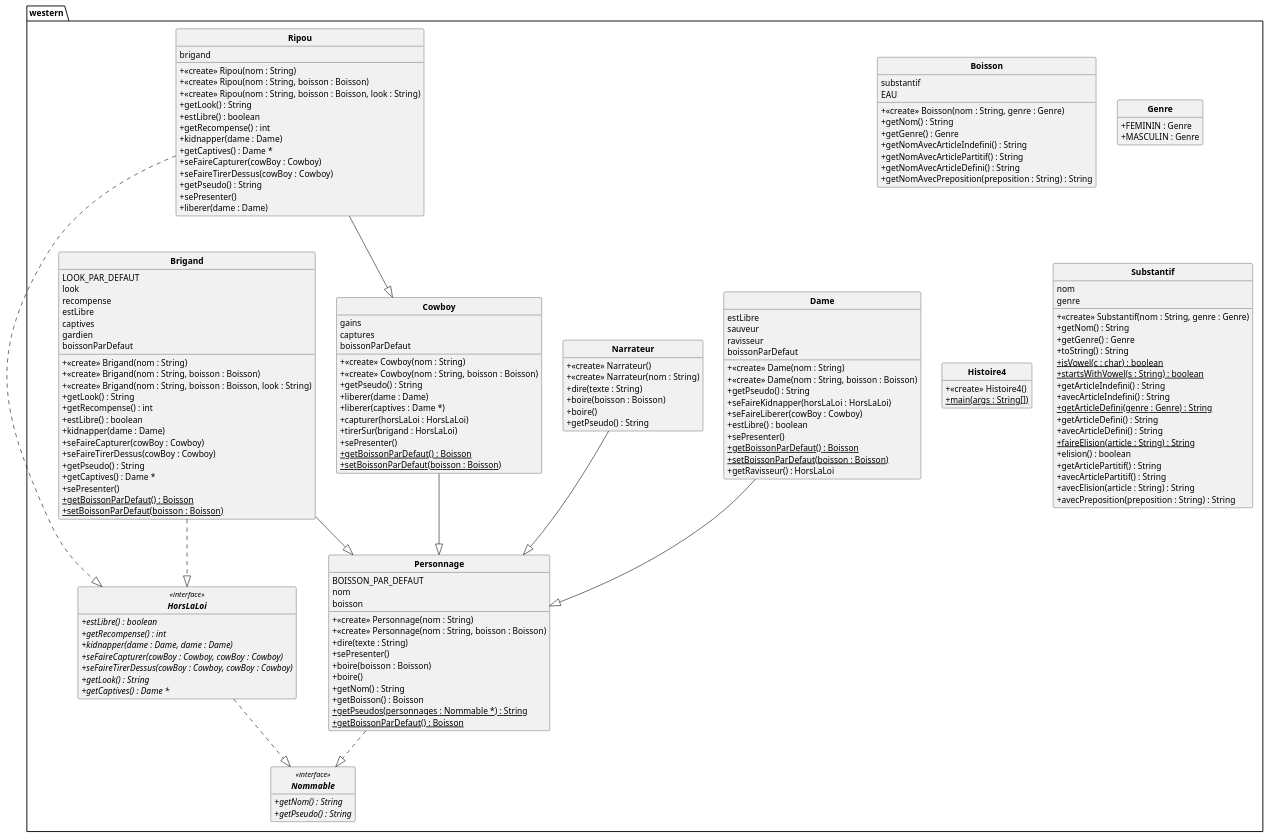
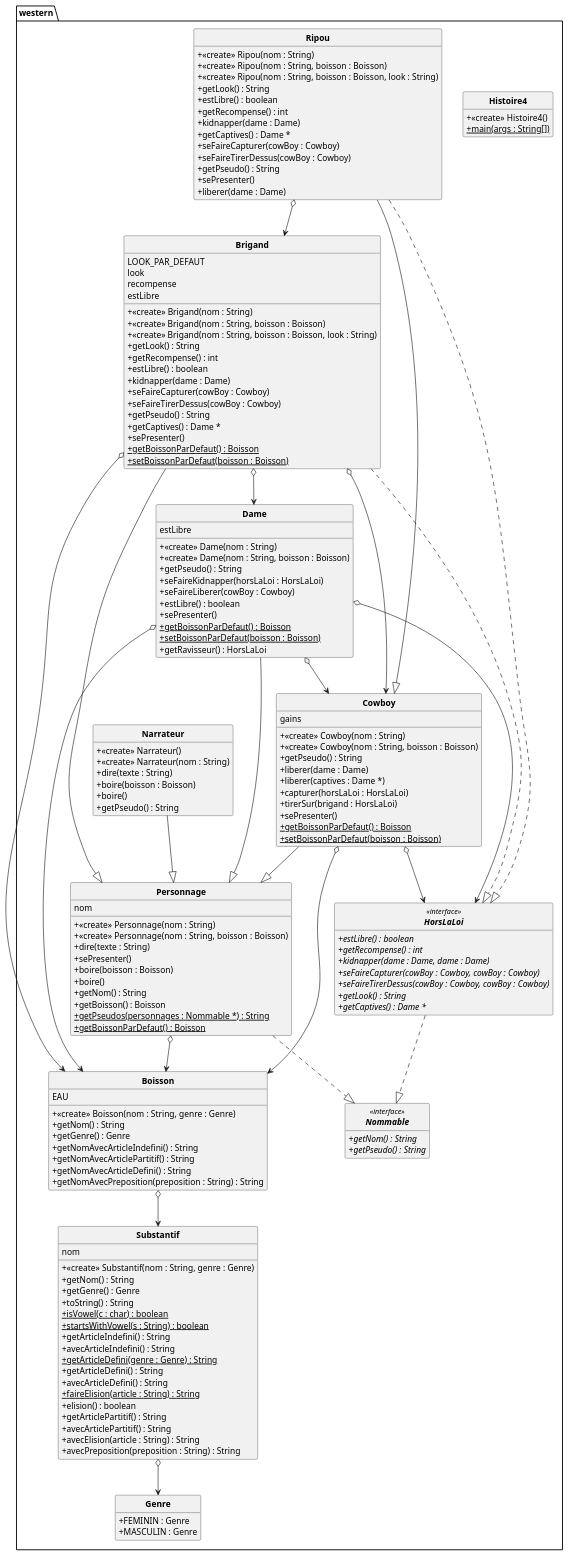
One commit to DimToups/Java-to-PUML-converter changed the diagram in out/production/p21_projet/pumlFromJava/westernClass.puml. Above: the diagram before and after it, drawn with PlantUML. The commit also changed 7 other files, not shown here.

```diff
--- a/out/production/p21_projet/pumlFromJava/westernClass.puml
+++ b/out/production/p21_projet/pumlFromJava/westernClass.puml
@@ -8,7 +8,6 @@
 
 package western{
 class Boisson{
-substantif
 EAU
 + <<create>> Boisson(nom : String, genre : Genre)
 + getNom() : String
@@ -24,9 +23,6 @@
 look
 recompense
 estLibre
-captives
-gardien
-boissonParDefaut
 + <<create>> Brigand(nom : String)
 + <<create>> Brigand(nom : String, boisson : Boisson)
 + <<create>> Brigand(nom : String, boisson : Boisson, look : String)
@@ -45,8 +41,6 @@
 
 class Cowboy{
 gains
-captures
-boissonParDefaut
 + <<create>> Cowboy(nom : String)
 + <<create>> Cowboy(nom : String, boisson : Boisson)
 + getPseudo() : String
@@ -61,9 +55,6 @@
 
 class Dame{
 estLibre
-sauveur
-ravisseur
-boissonParDefaut
 + <<create>> Dame(nom : String)
 + <<create>> Dame(nom : String, boisson : Boisson)
 + getPseudo() : String
@@ -111,9 +102,7 @@
 }
 
 class Personnage{
-BOISSON_PAR_DEFAUT
 nom
-boisson
 + <<create>> Personnage(nom : String)
 + <<create>> Personnage(nom : String, boisson : Boisson)
 + dire(texte : String)
@@ -127,7 +116,6 @@
 }
 
 class Ripou{
-brigand
 + <<create>> Ripou(nom : String)
 + <<create>> Ripou(nom : String, boisson : Boisson)
 + <<create>> Ripou(nom : String, boisson : Boisson, look : String)
@@ -145,7 +133,6 @@
 
 class Substantif{
 nom
-genre
 + <<create>> Substantif(nom : String, genre : Genre)
 + getNom() : String
 + getGenre() : Genre
@@ -166,6 +153,14 @@
 }
 
 
+Boisson o--> Substantif
+
+
+Brigand o--> Dame
+
+Brigand o--> Cowboy
+
+Brigand o--> Boisson
 
 Brigand --|> Personnage
 
@@ -174,10 +169,20 @@
 
 
 
+Cowboy o--> HorsLaLoi
+
+Cowboy o--> Boisson
+
 Cowboy --|> Personnage
 
 
 
+
+Dame o--> Cowboy
+
+Dame o--> HorsLaLoi
+
+Dame o--> Boisson
 
 Dame --|> Personnage
 
@@ -188,8 +193,12 @@
 Narrateur --|> Personnage
 
 
+Personnage o--> Boisson
+
 Personnage ..|> Nommable
 
+
+Ripou o--> Brigand
 
 Ripou --|> Cowboy
 
@@ -198,6 +207,8 @@
 
 
 
+Substantif o--> Genre
+
 
 }
 @enduml
```
